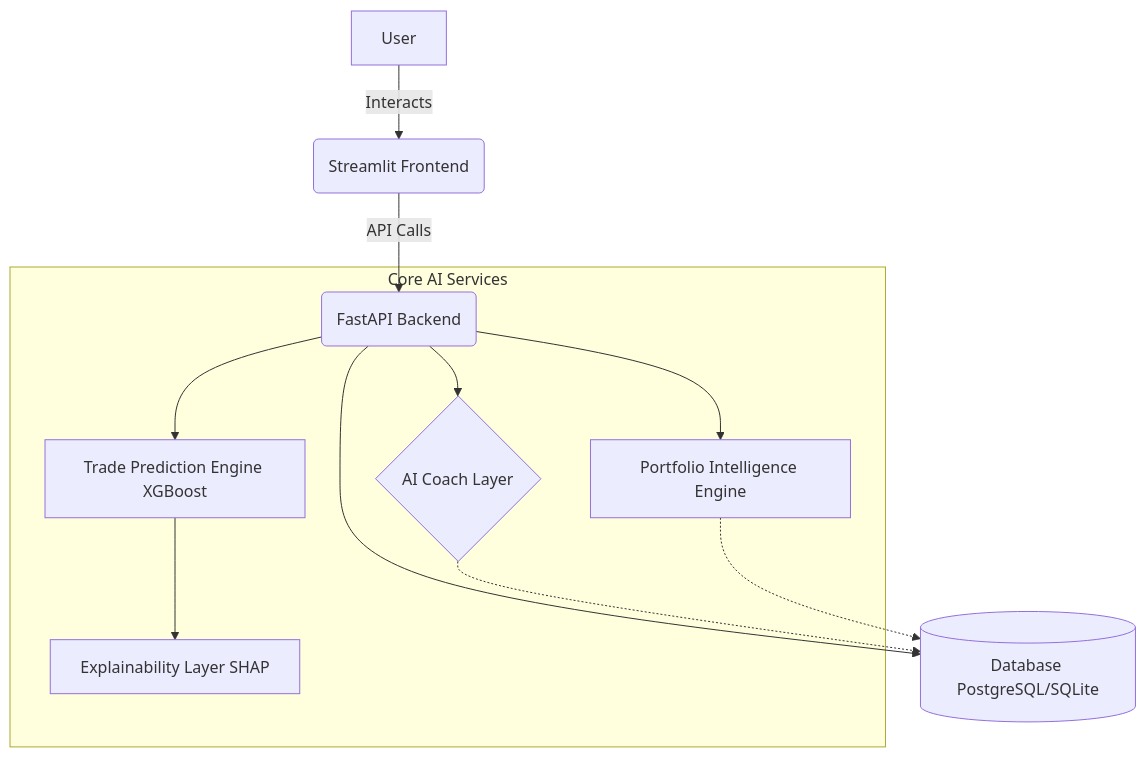
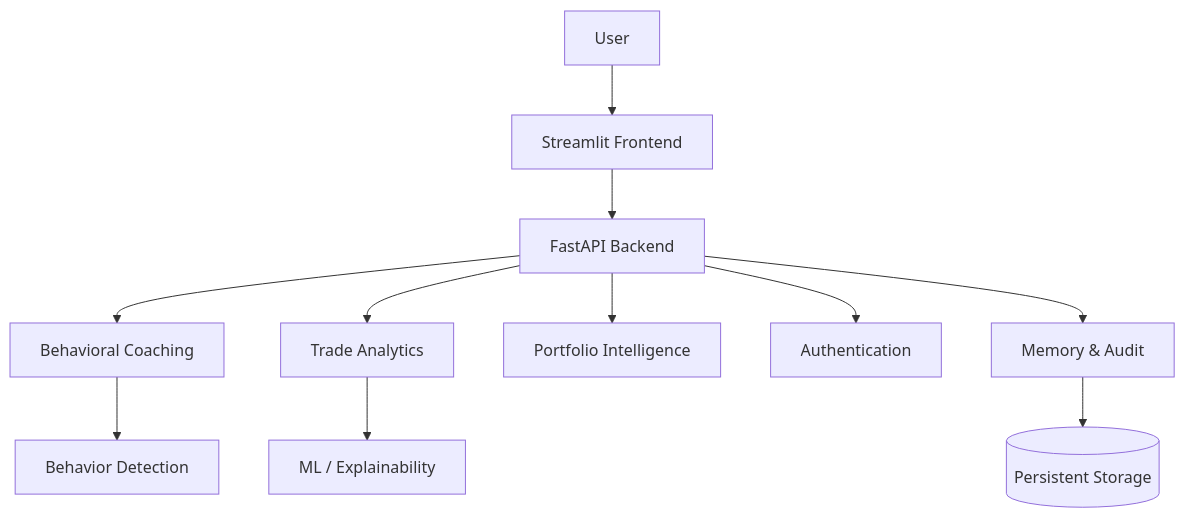
One commit to Piyu242005/AI-Trading-Coach changed the diagram in Readme.md. Above: the diagram before and after it, drawn with Mermaid. The commit also changed other lines of this file, not shown here.

````diff
--- a/Readme.md
+++ b/Readme.md
@@ -96,16 +76,13 @@
 ```mermaid
 graph TD
-    A[User] -->|Interacts| B(Streamlit Frontend)
-    B -->|API Calls| C(FastAPI Backend)
-    
-    subgraph Core AI Services
-    C --> D{AI Coach Layer}
-    C --> E[Trade Prediction Engine XGBoost]
-    E --> F[Explainability Layer SHAP]
-    C --> G[Portfolio Intelligence Engine]
-    end
-    
-    C --> H[(Database PostgreSQL/SQLite)]
-    D -.-> H
-    G -.-> H
+    A[User] --> B[Streamlit Frontend]
+    B --> C[FastAPI Backend]
+    C --> D[Behavioral Coaching]
+    C --> E[Trade Analytics]
+    C --> F[Portfolio Intelligence]
+    C --> G[Authentication]
+    C --> H[Memory & Audit]
+    D --> I[Behavior Detection]
+    E --> J[ML / Explainability]
+    H --> K[(Persistent Storage)]
 ```
````
